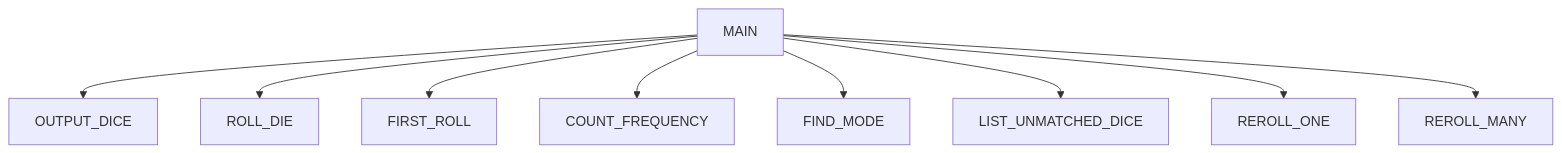
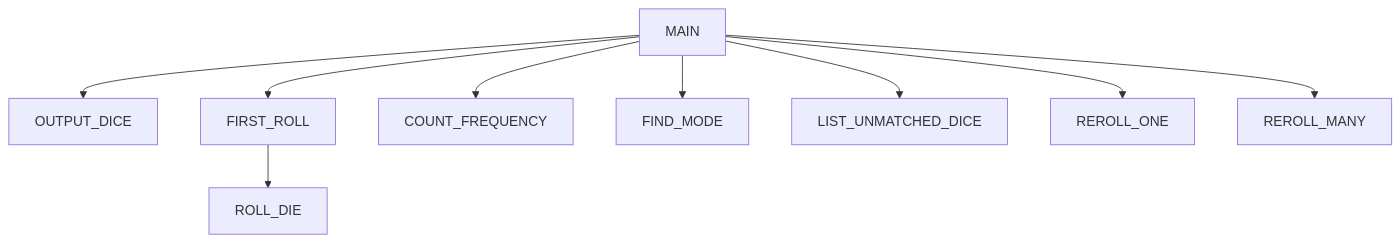
One commit to gageb438/Chapter-7-Team-Project changed the diagram in README.md. Above: the diagram before and after it, drawn with Mermaid. The commit also changed other lines of this file, not shown here.

````diff
--- a/README.md
+++ b/README.md
@@ -9,11 +9,11 @@
 ```mermaid
 graph TD;
     MAIN-->OUTPUT_DICE;
-    MAIN-->ROLL_DIE;
+    FIRST_ROLL-->ROLL_DIE;
     MAIN-->FIRST_ROLL;
     MAIN-->COUNT_FREQUENCY;
     MAIN-->FIND_MODE;
     MAIN-->LIST_UNMATCHED_DICE;
     MAIN-->REROLL_ONE;
     MAIN-->REROLL_MANY;
 ```
````
